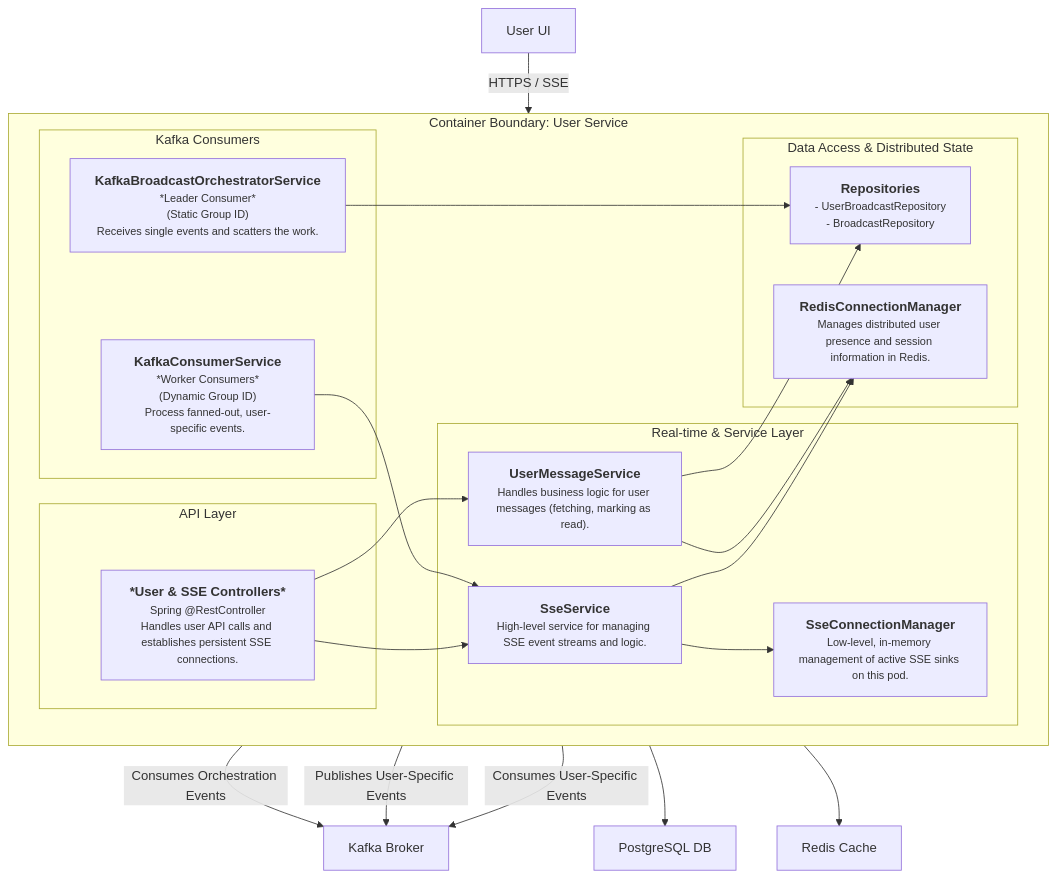
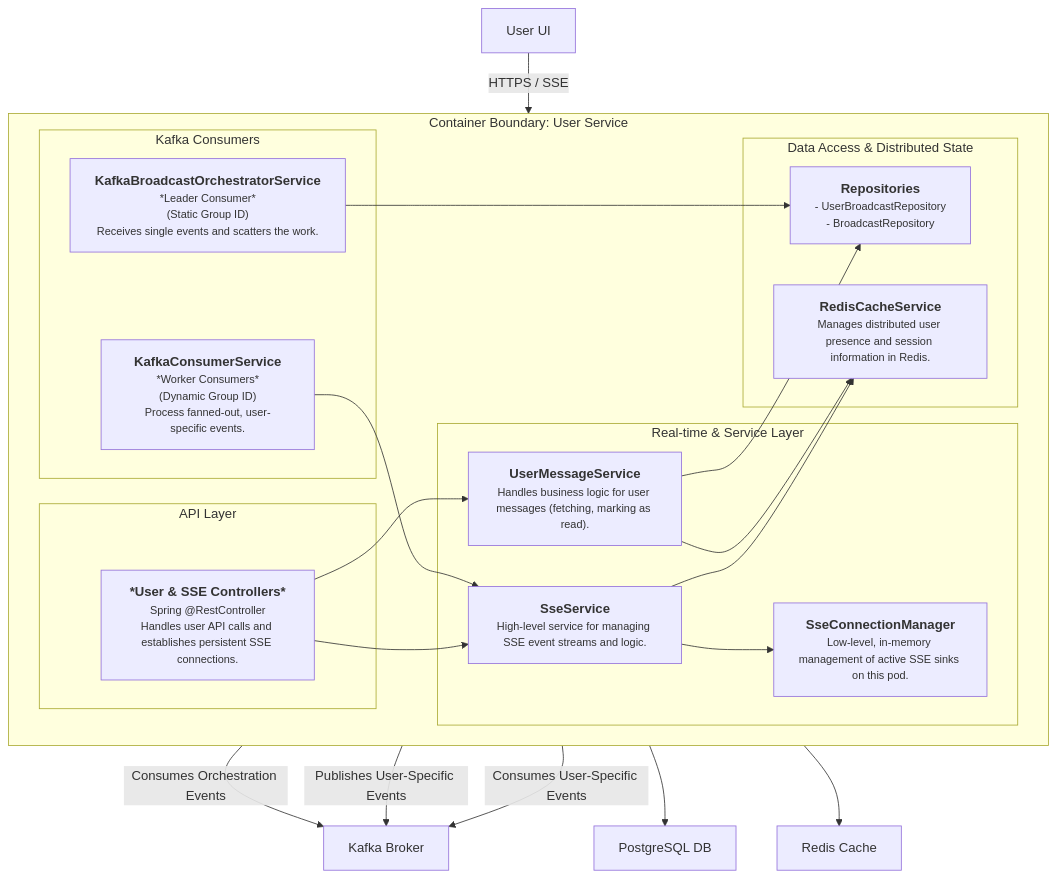
The diagram in MermaidDiagrams/c4-component-user-service.mmd (rsrini7/Notification-SSE-GLM-Flux), drawn with Mermaid before and after one commit.

Commit message:
docs(MermaidDiagrams): rename RedisConnectionManager to RedisCacheService in diagram
Update component name in C4 diagram to reflect actual service name used in codebase.

```diff
--- a/MermaidDiagrams/c4-component-user-service.mmd
+++ b/MermaidDiagrams/c4-component-user-service.mmd
@@ -1,50 +1,50 @@
 graph TD
     subgraph "Container Boundary: User Service"
         direction LR
 
         subgraph "API Layer"
             UserControllers["<div style='font-weight:bold'>*User & SSE Controllers*</div><div style='font-size: smaller;'>Spring @RestController</div><div style='font-size: smaller;'>Handles user API calls and establishes persistent SSE connections.</div>"]
         end
 
         subgraph "Real-time & Service Layer"
             SseService["<div style='font-weight:bold'>SseService</div><div style='font-size: smaller;'>High-level service for managing SSE event streams and logic.</div>"]
             SseManager["<div style='font-weight:bold'>SseConnectionManager</div><div style='font-size: smaller;'>Low-level, in-memory management of active SSE sinks on this pod.</div>"]
             UserMessageService["<div style='font-weight:bold'>UserMessageService</div><div style='font-size: smaller;'>Handles business logic for user messages (fetching, marking as read).</div>"]
         end
         
         subgraph "Kafka Consumers"
             Orchestrator["<div style='font-weight:bold'>KafkaBroadcastOrchestratorService</div><div style='font-size: smaller;'>*Leader Consumer*<br/>(Static Group ID)<br/>Receives single events and scatters the work.</div>"]
             WorkerConsumer["<div style='font-weight:bold'>KafkaConsumerService</div><div style='font-size: smaller;'>*Worker Consumers*<br/>(Dynamic Group ID)<br/>Process fanned-out, user-specific events.</div>"]
         end
 
         subgraph "Data Access & Distributed State"
             Repositories["<div style='font-weight:bold'>Repositories</div><div style='font-size: smaller;'>- UserBroadcastRepository<br/>- BroadcastRepository</div>"]
-            RedisManager["<div style='font-weight:bold'>RedisConnectionManager</div><div style='font-size: smaller;'>Manages distributed user presence and session information in Redis.</div>"]
+            RedisManager["<div style='font-weight:bold'>RedisCacheService</div><div style='font-size: smaller;'>Manages distributed user presence and session information in Redis.</div>"]
         end
     end
 
     %% External Systems
     UserUI[User UI]
     Kafka[Kafka Broker]
     Postgres[PostgreSQL DB]
     Redis[Redis Cache]
     
     %% Relationships
     UserUI -- "HTTPS / SSE" --> UserControllers
     UserControllers --> SseService
     UserControllers --> UserMessageService
     
     SseService --> SseManager
     SseService --> RedisManager
     UserMessageService --> Repositories
     UserMessageService --> RedisManager
 
     Orchestrator -- "Consumes Orchestration Events" --> Kafka
     Orchestrator -- "Publishes User-Specific Events" --> Kafka
     Orchestrator --> Repositories
     
     WorkerConsumer -- "Consumes User-Specific Events" --> Kafka
     WorkerConsumer --> SseService
     
     Repositories --> Postgres
     RedisManager --> Redis
```
